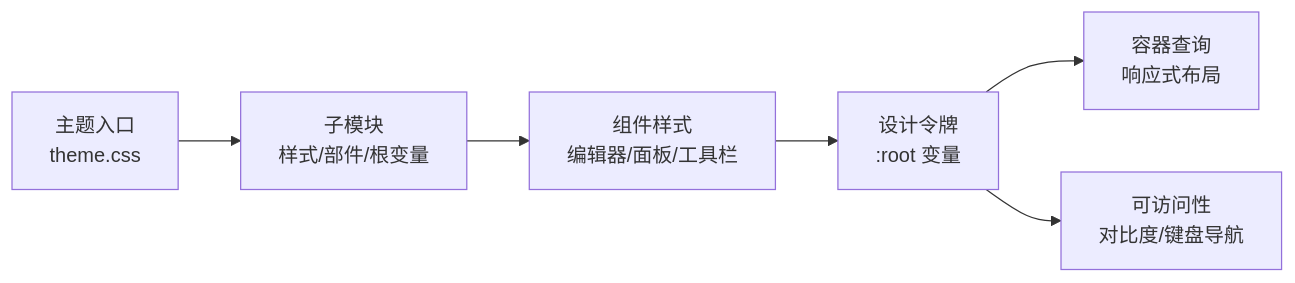
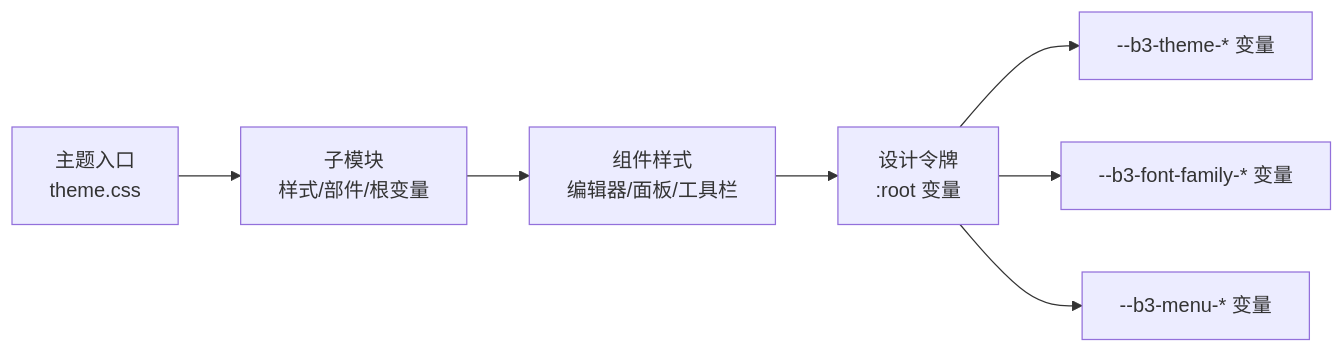
Before and after one commit to terwer/siyuan-plugin-blog: the eighth of 8 diagrams in .qoder/repowiki/zh/content/核心功能/主题系统/自定义主题开发/主题定制实例.md, drawn with Mermaid. The commit also changed other lines of this file and 31 other files, not shown here.

````diff
--- a/.qoder/repowiki/zh/content/核心功能/主题系统/自定义主题开发/主题定制实例.md
+++ b/.qoder/repowiki/zh/content/核心功能/主题系统/自定义主题开发/主题定制实例.md
@@ -476,8 +459,9 @@
 ```mermaid
 graph LR
 ThemeEntry["主题入口<br/>theme.css"] --> SubModule["子模块<br/>样式/部件/根变量"]
 SubModule --> Components["组件样式<br/>编辑器/面板/工具栏"]
 Components --> Tokens["设计令牌<br/>:root 变量"]
-Tokens --> ContainerQueries["容器查询<br/>响应式布局"]
-Tokens --> Accessibility["可访问性<br/>对比度/键盘导航"]
+Tokens --> B3Theme["--b3-theme-* 变量"]
+Tokens --> B3Font["--b3-font-family-* 变量"]
+Tokens --> B3Menu["--b3-menu-* 变量"]
 ```
````
